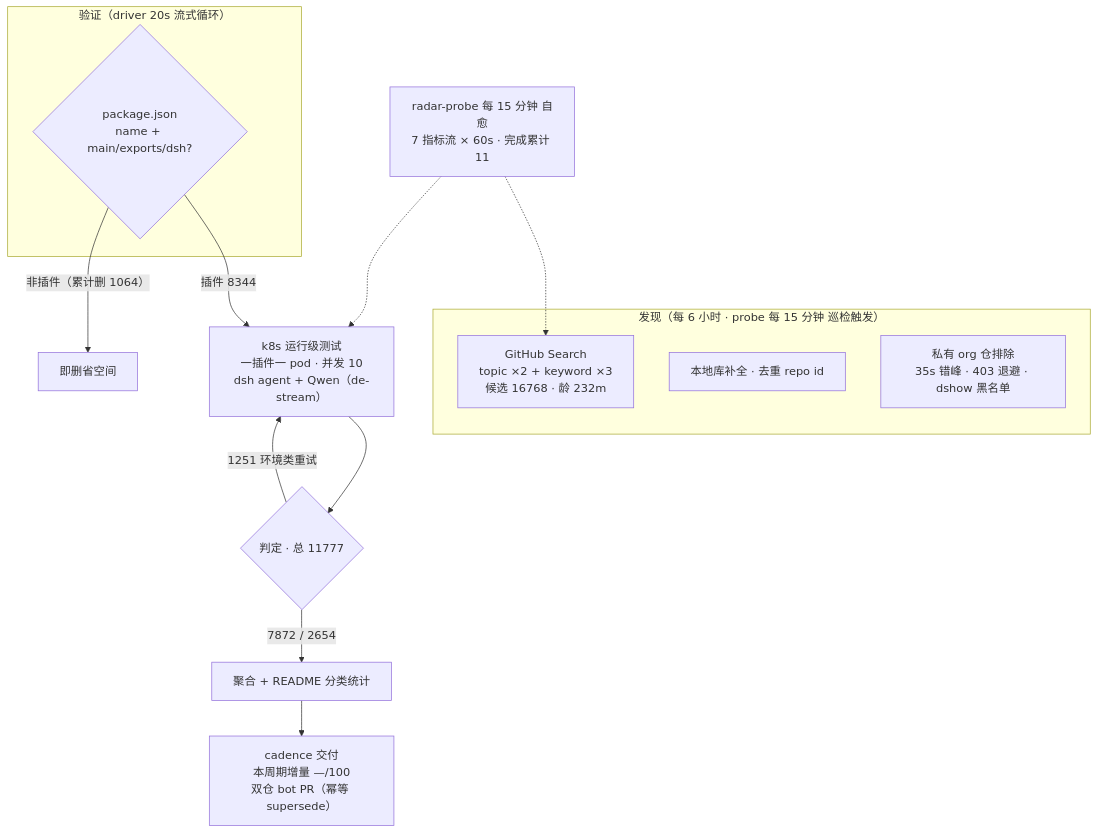
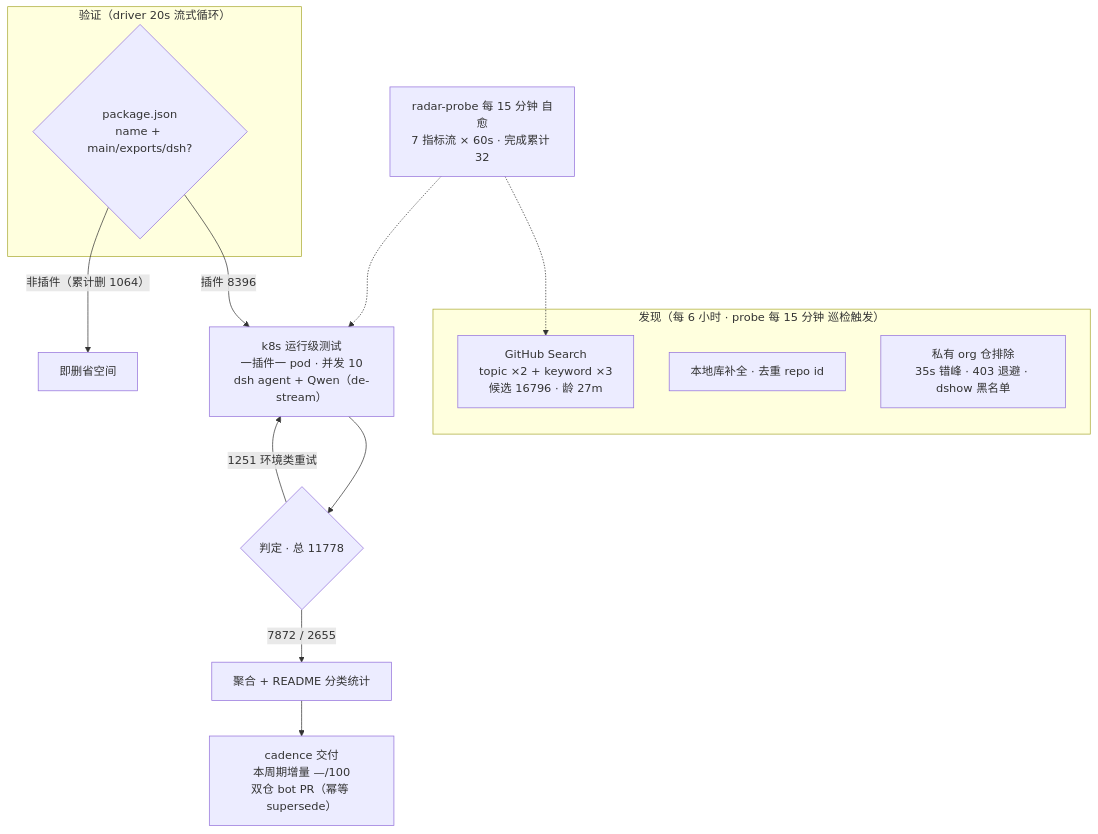
The diagram in README.md (Zhidao-Lab-OSS/awesome-dsh-plugins), drawn with Mermaid before and after one commit. The commit also changed other lines of this file and 1 other file, not shown here.

````diff
--- a/README.md
+++ b/README.md
@@ -52,20 +52,20 @@
 ```mermaid
 flowchart TB
     subgraph Discovery["发现（每 6 小时 · probe 每 15 分钟 巡检触发）"]
-        A1["GitHub Search<br/>topic ×2 + keyword ×3<br/>候选 16768 · 龄 232m"]
+        A1["GitHub Search<br/>topic ×2 + keyword ×3<br/>候选 16796 · 龄 27m"]
         A2["本地库补全 · 去重 repo id"]
         A3["私有 org 仓排除<br/>35s 错峰 · 403 退避 · dshow 黑名单"]
     end
     subgraph Validation["验证（driver 20s 流式循环）"]
         B1{"package.json<br/>name + main/exports/dsh?"}
     end
-    B1 -->|"插件 8344"| C1["k8s 运行级测试<br/>一插件一 pod · 并发 10<br/>dsh agent + Qwen（de-stream）"]
+    B1 -->|"插件 8396"| C1["k8s 运行级测试<br/>一插件一 pod · 并发 10<br/>dsh agent + Qwen（de-stream）"]
     B1 -->|"非插件（累计删 1064）"| B3["即删省空间"]
-    C1 --> D1{"判定 · 总 11777"}
-    D1 -->|"7872 / 2654"| E1["聚合 + README 分类统计"]
+    C1 --> D1{"判定 · 总 11778"}
+    D1 -->|"7872 / 2655"| E1["聚合 + README 分类统计"]
     D1 -->|"1251 环境类重试"| C1
     E1 --> E2["cadence 交付<br/>本周期增量 —/100<br/>双仓 bot PR（幂等 supersede）"]
-    M["radar-probe 每 15 分钟 自愈<br/>7 指标流 × 60s · 完成累计 11"]
+    M["radar-probe 每 15 分钟 自愈<br/>7 指标流 × 60s · 完成累计 32"]
     M -.-> A1
     M -.-> C1
 ```
````
